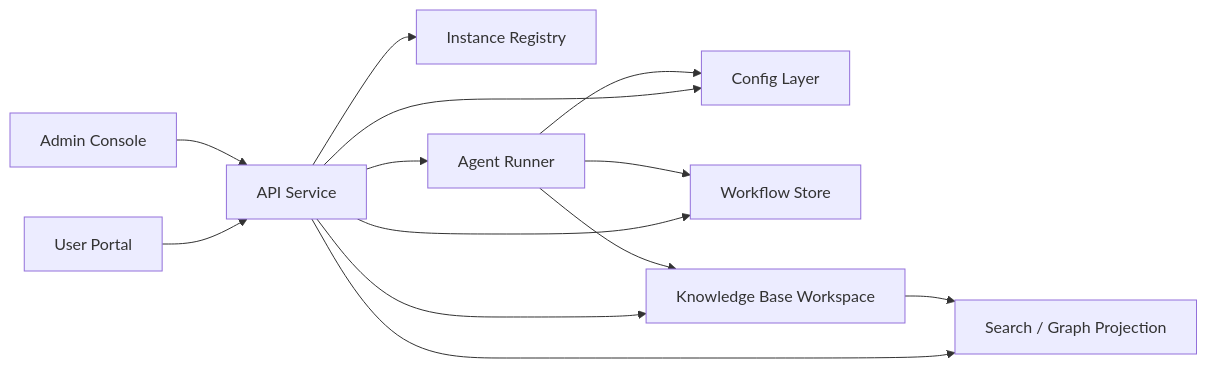
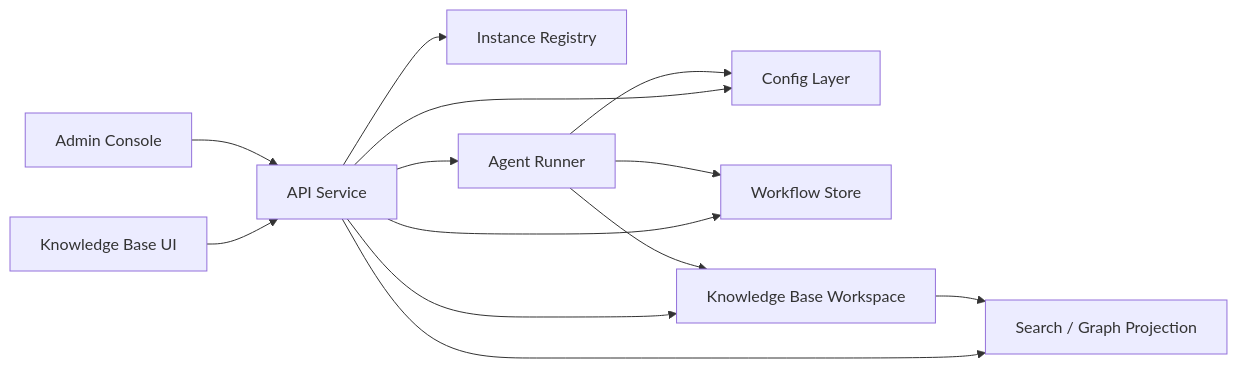
The diagram in design/current/platform-architecture.md (huyusong10/Sediment), drawn with Mermaid before and after one commit. The commit also changed other lines of this file and 44 other files, not shown here.

Commit message:
Refine knowledge base web and admin workflows

````diff
--- a/design/current/platform-architecture.md
+++ b/design/current/platform-architecture.md
@@ -33,15 +33,15 @@
 ```mermaid
 flowchart LR
-    U["User Portal"] --> API["API Service"]
+    U["Knowledge Base UI"] --> API["API Service"]
     A["Admin Console"] --> API
     API --> CFG["Config Layer"]
     API --> REG["Instance Registry"]
     API --> DB["Workflow Store"]
     API --> IDX["Search / Graph Projection"]
     API --> KB["Knowledge Base Workspace"]
     API --> RUN["Agent Runner"]
     RUN --> CFG
     RUN --> KB
     RUN --> DB
     KB --> IDX
 ```
````
